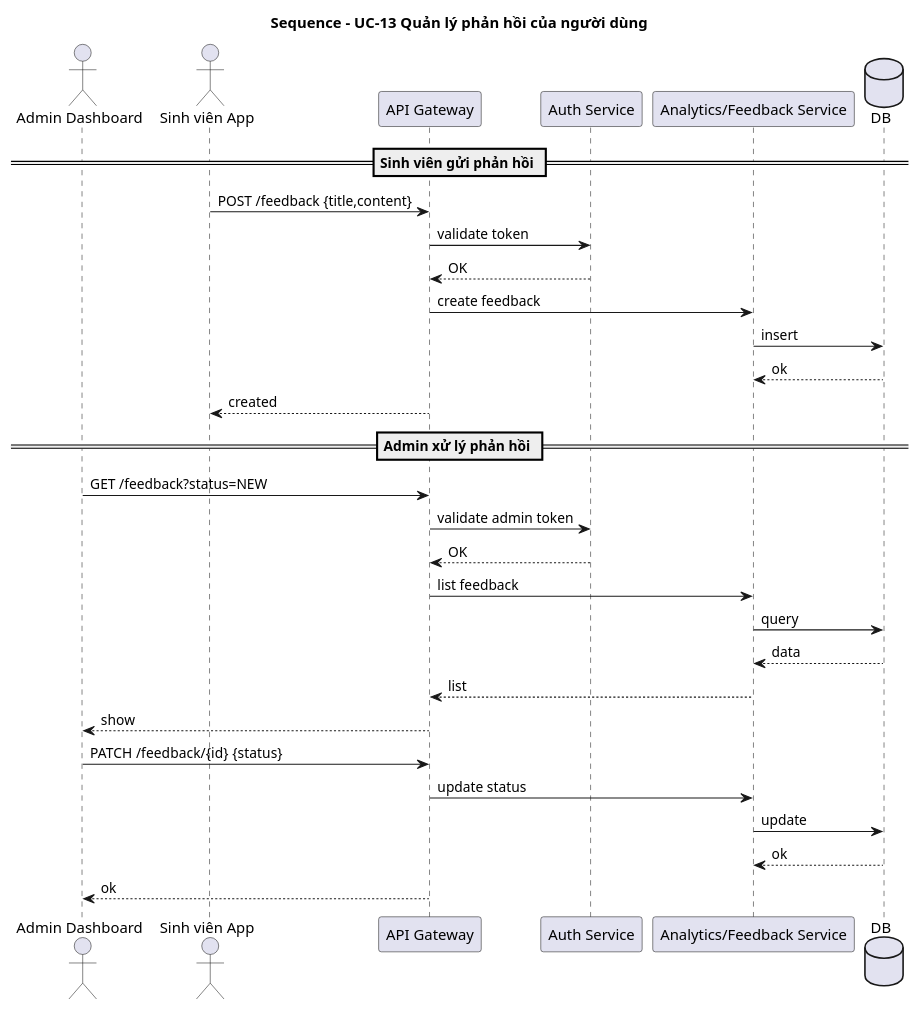
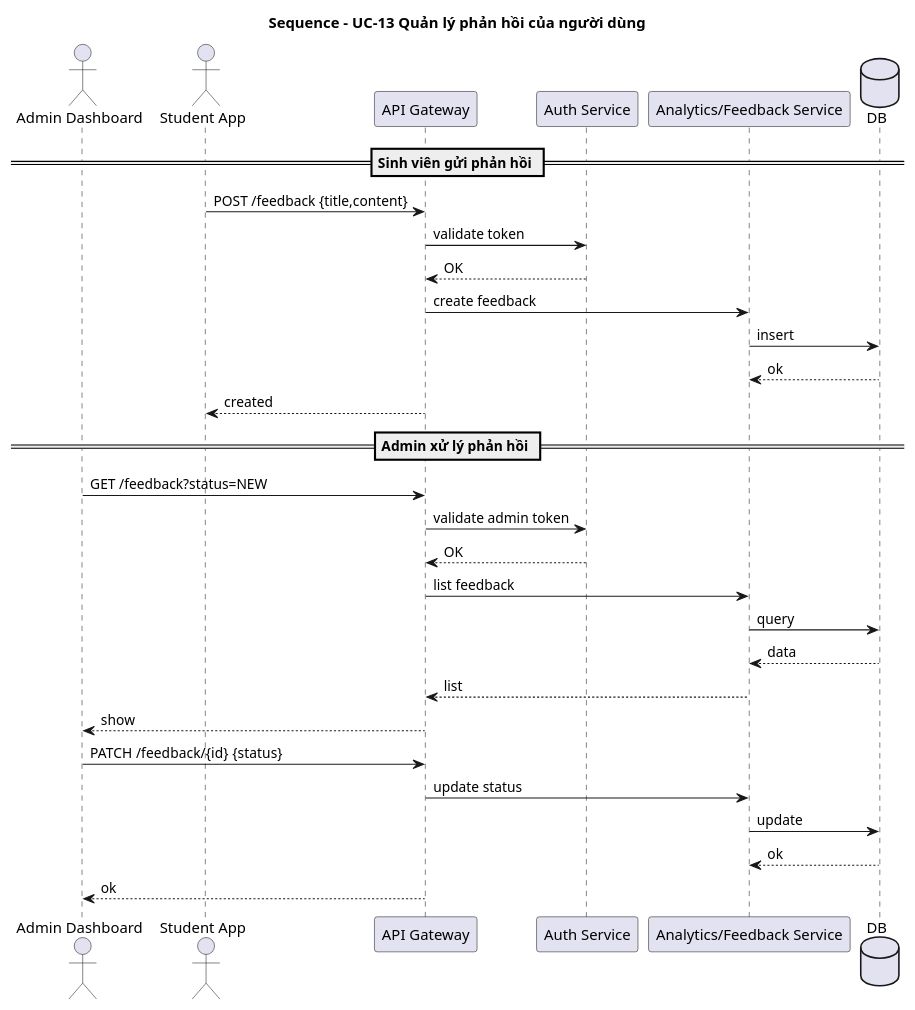
The diagram in docs/uml/sequence/sequence_uc13_feedback_mgmt.puml (phuongbv00/hust-bus-stop), drawn with PlantUML before and after one commit. The commit also changed 5 other files, not shown here.

Commit message:
docs: update diagrams

```diff
--- a/docs/uml/sequence/sequence_uc13_feedback_mgmt.puml
+++ b/docs/uml/sequence/sequence_uc13_feedback_mgmt.puml
@@ -1,34 +1,34 @@
 @startuml
 title Sequence - UC-13 Quản lý phản hồi của người dùng
 actor "Admin Dashboard" as AdminUI
-actor "Sinh viên App" as StudentApp
+actor "Student App" as StudentApp
 participant "API Gateway" as API
 participant "Auth Service" as Auth
 participant "Analytics/Feedback Service" as FeedbackSvc
 database "DB" as DB
 
 == Sinh viên gửi phản hồi ==
 StudentApp -> API : POST /feedback {title,content}
 API -> Auth : validate token
 Auth --> API : OK
 API -> FeedbackSvc : create feedback
 FeedbackSvc -> DB : insert
 DB --> FeedbackSvc : ok
 API --> StudentApp : created
 
 == Admin xử lý phản hồi ==
 AdminUI -> API : GET /feedback?status=NEW
 API -> Auth : validate admin token
 Auth --> API : OK
 API -> FeedbackSvc : list feedback
 FeedbackSvc -> DB : query
 DB --> FeedbackSvc : data
 FeedbackSvc --> API : list
 API --> AdminUI : show
 
 AdminUI -> API : PATCH /feedback/{id} {status}
 API -> FeedbackSvc : update status
 FeedbackSvc -> DB : update
 DB --> FeedbackSvc : ok
 API --> AdminUI : ok
 @enduml
```
